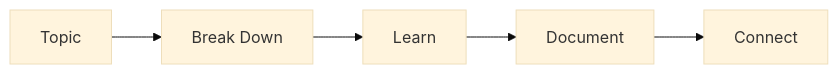
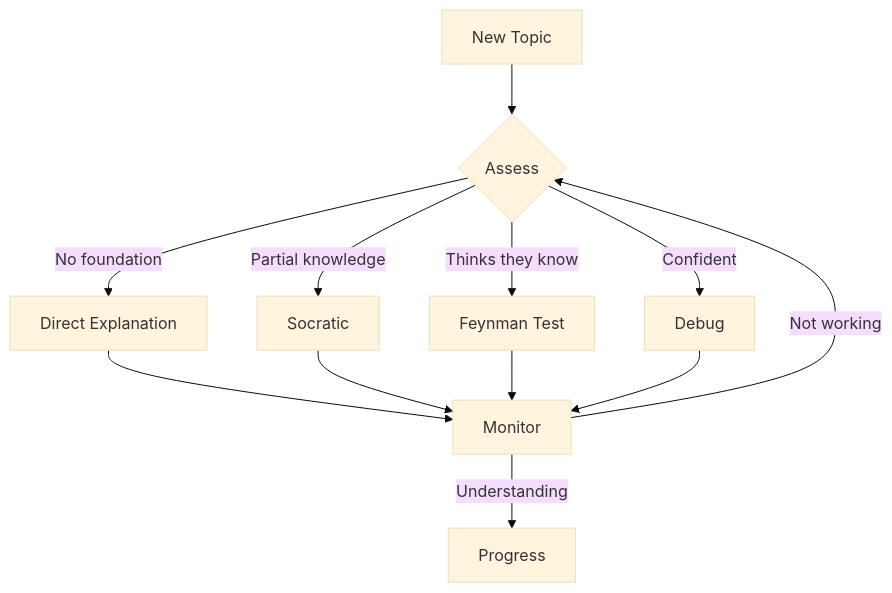
The diagram in .claude/CLAUDE.md (sukhdeepbangar/learning-with-claude), drawn with Mermaid (base theme) before and after one commit. The commit also changed other lines of this file, not shown here.

````diff
--- a/.claude/CLAUDE.md
+++ b/.claude/CLAUDE.md
@@ -90,7 +261,14 @@
 ```mermaid
-flowchart LR
-    A[Topic] --> B[Break Down]
-    B --> C[Learn]
-    C --> D[Document]
-    D --> E[Connect]
+flowchart TD
+    A[New Topic] --> B{Assess}
+    B -->|No foundation| C[Direct Explanation]
+    B -->|Partial knowledge| D[Socratic]
+    B -->|Thinks they know| E[Feynman Test]
+    B -->|Confident| F[Debug]
+    C --> G[Monitor]
+    D --> G
+    E --> G
+    F --> G
+    G -->|Not working| B
+    G -->|Understanding| H[Progress]
 ```
````
